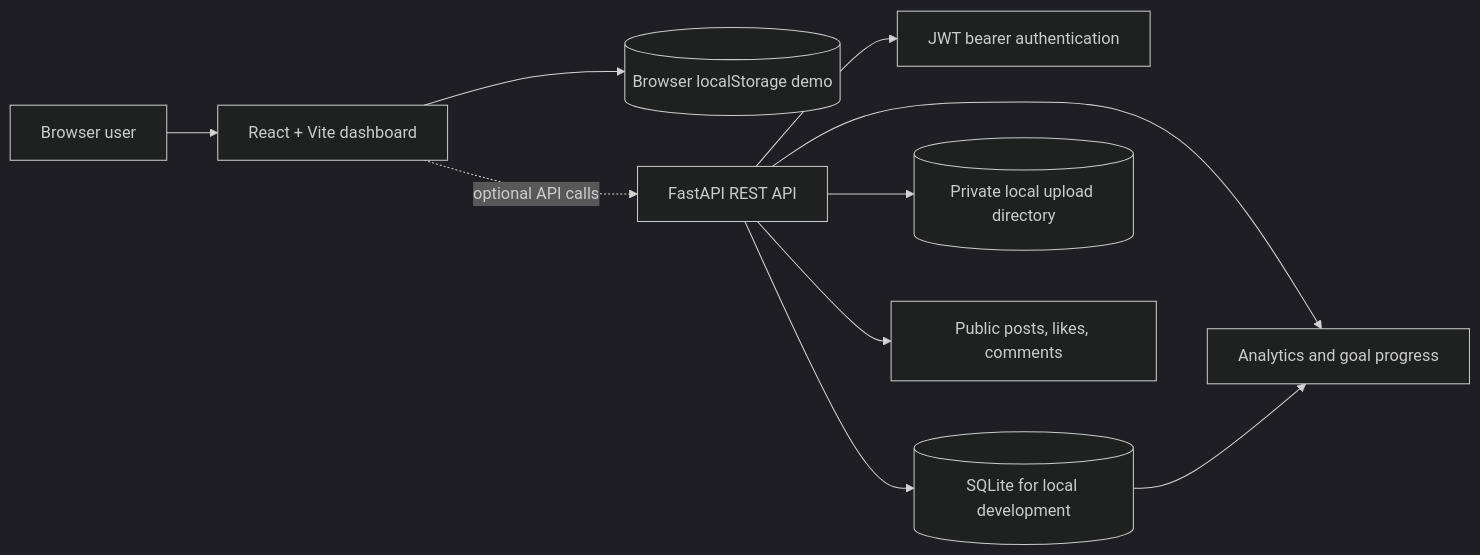
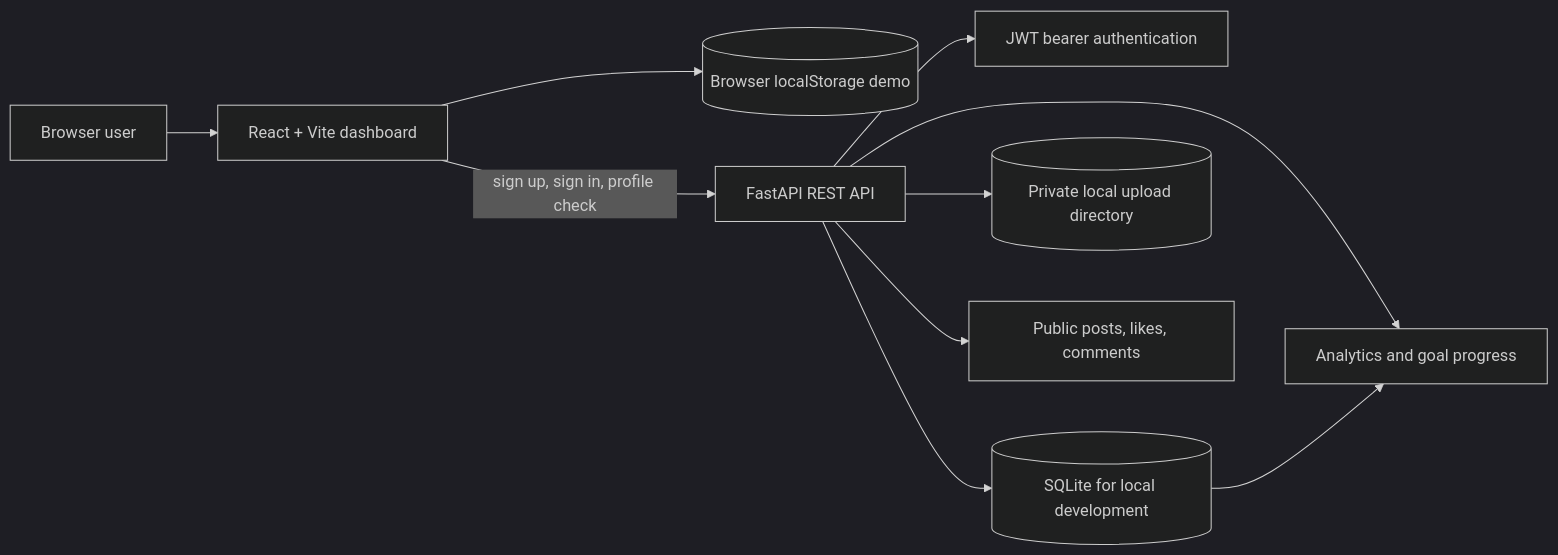
The diagram in docs/architecture.md (shm230605/Online-Cloud-Hobby-Skills-Tracker-with-Community-Sharing), drawn with Mermaid (dark theme) before and after one commit. The commit also changed other lines of this file and 6 other files, not shown here.

````diff
--- a/docs/architecture.md
+++ b/docs/architecture.md
@@ -5,12 +5,12 @@
 ```mermaid
 flowchart LR
   U[Browser user] --> UI[React + Vite dashboard]
   UI --> LS[(Browser localStorage demo)]
-  UI -. optional API calls .-> API[FastAPI REST API]
+  UI -->|sign up, sign in, profile check| API[FastAPI REST API]
   API --> AUTH[JWT bearer authentication]
   API --> DB[(SQLite for local development)]
   API --> FS[(Private local upload directory)]
   API --> CALC[Analytics and goal progress]
   API --> FEED[Public posts, likes, comments]
   DB --> CALC
 ```
````
